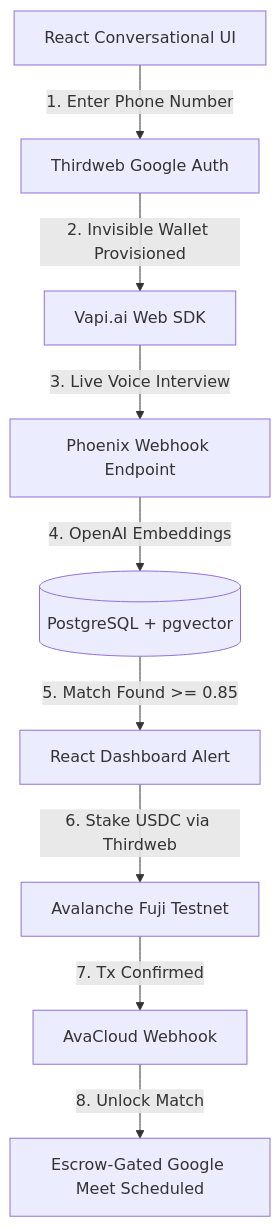
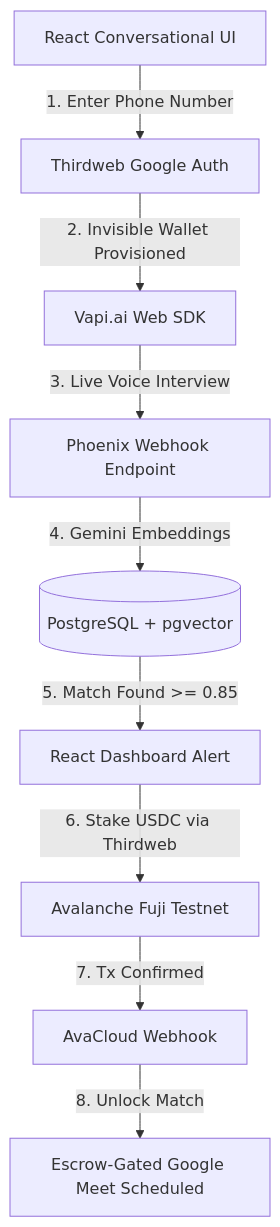
The diagram in ARCHITECTURE.md (okumuraven/Boardy.ai), drawn with Mermaid before and after one commit. The commit also changed other lines of this file and 5 other files, not shown here.

Commit message:
Update architecture, roadmap, AI integration, matchmaking logic, and add list_models script

````diff
--- a/ARCHITECTURE.md
+++ b/ARCHITECTURE.md
@@ -10,11 +10,11 @@
 ```mermaid
 graph TD
     A[React Conversational UI] -->|1. Enter Phone Number| B[Thirdweb Google Auth]
     B -->|2. Invisible Wallet Provisioned| C[Vapi.ai Web SDK]
     C -->|3. Live Voice Interview| D[Phoenix Webhook Endpoint]
-    D -->|4. OpenAI Embeddings| E[(PostgreSQL + pgvector)]
+    D -->|4. Gemini Embeddings| E[(PostgreSQL + pgvector)]
     E -->|5. Match Found >= 0.85| F[React Dashboard Alert]
     F -->|6. Stake USDC via Thirdweb| G[Avalanche Fuji Testnet]
     G -->|7. Tx Confirmed| H[AvaCloud Webhook]
     H -->|8. Unlock Match| I[Escrow-Gated Google Meet Scheduled]
 ```
````
